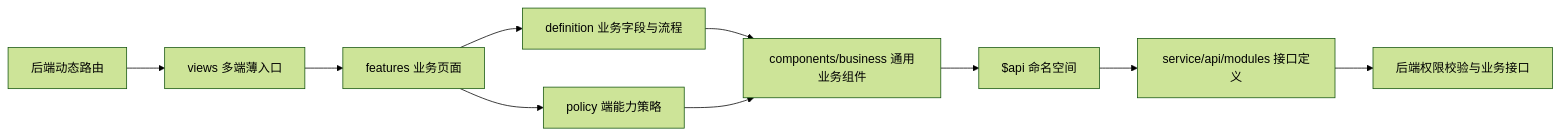
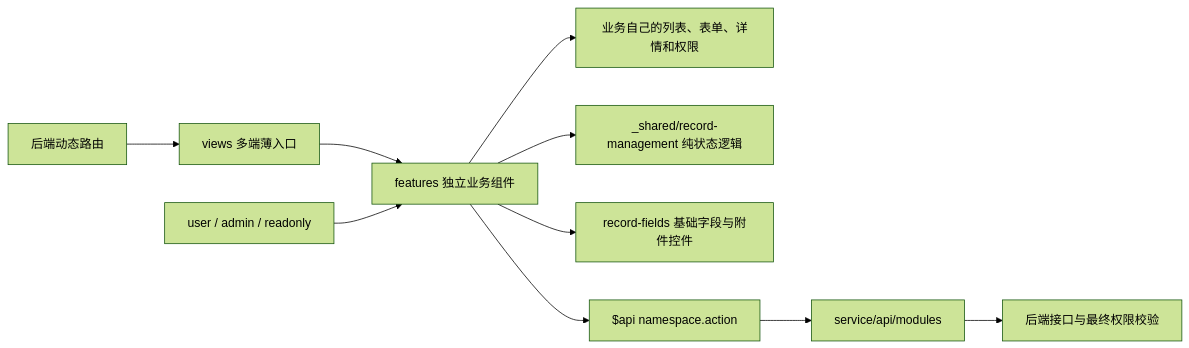
Before and after one commit to yunowsarm/p8-vue-platform: the diagram in docs/frontend-architecture.md, drawn with Mermaid (forest theme). The commit also changed other lines of this file and 111 other files, not shown here.

````diff
--- a/docs/frontend-architecture.md
+++ b/docs/frontend-architecture.md
@@ -7,12 +7,12 @@
 ```mermaid
 flowchart LR
-  Route[后端动态路由] --> Entry[views 多端薄入口]
-  Entry --> Feature[features 业务页面]
-  Feature --> Definition[definition 业务字段与流程]
-  Feature --> Policy[policy 端能力策略]
-  Definition --> Board[components/business 通用业务组件]
-  Policy --> Board
-  Board --> Api[$api 命名空间]
-  Api --> Modules[service/api/modules 接口定义]
-  Modules --> Backend[后端权限校验与业务接口]
+  Router[后端动态路由] --> Entry[views 多端薄入口]
+  Entry --> Business[features 独立业务组件]
+  Mode[user / admin / readonly] --> Business
+  Business --> OwnUI[业务自己的列表、表单、详情和权限]
+  Business --> Logic[_shared/record-management 纯状态逻辑]
+  Business --> Fields[record-fields 基础字段与附件控件]
+  Business --> Api[$api namespace.action]
+  Api --> Modules[service/api/modules]
+  Modules --> Backend[后端接口与最终权限校验]
 ```
````
